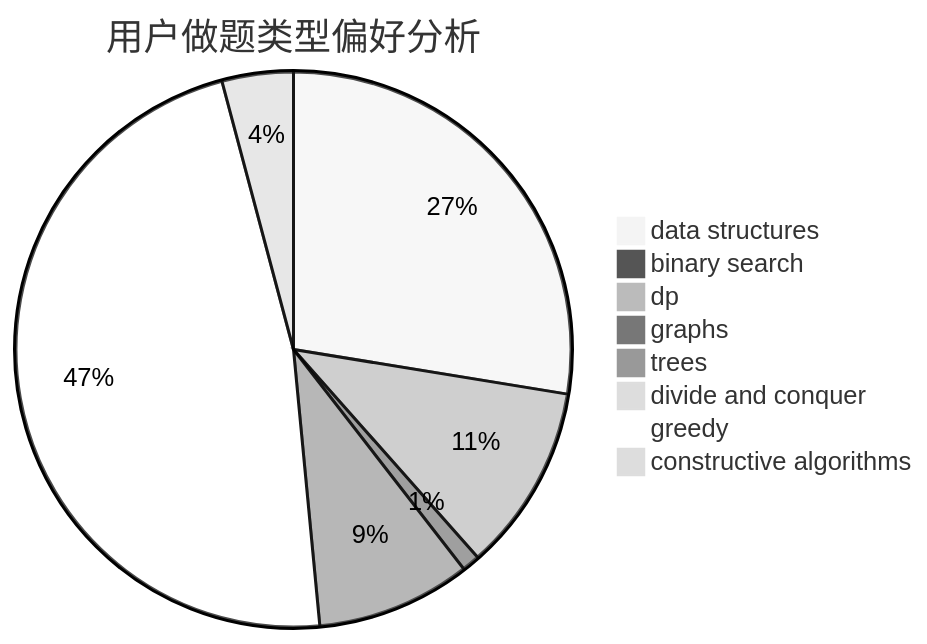
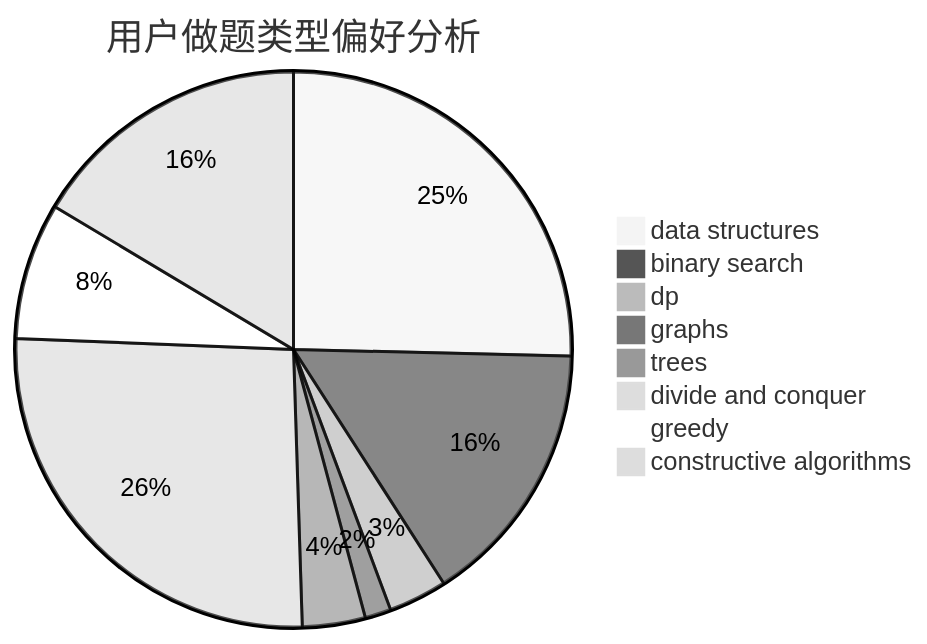
One commit to sherpahu/cfrs.github.io changed the second of 3 diagrams in docs/user/u2311.md. Above: the diagram before and after it, drawn with Mermaid (neutral theme). The commit also changed other lines of this file and 2770 other files, not shown here.

````diff
--- a/docs/user/u2311.md
+++ b/docs/user/u2311.md
@@ -23,11 +23,11 @@
 ```mermaid
 pie title 用户做题类型偏好分析
-    "data structures" :  319
-    "binary search" :  5
-    "dp" :  126
+    "data structures" :  201
+    "binary search" :  123
+    "dp" :  27
     "graphs" :  12
-    "trees" :  104
-    "divide and conquer" :  0
-    "greedy" :  548
-    "constructive algorithms" :  48
+    "trees" :  29
+    "divide and conquer" :  207
+    "greedy" :  63
+    "constructive algorithms" :  130
 ```
````
